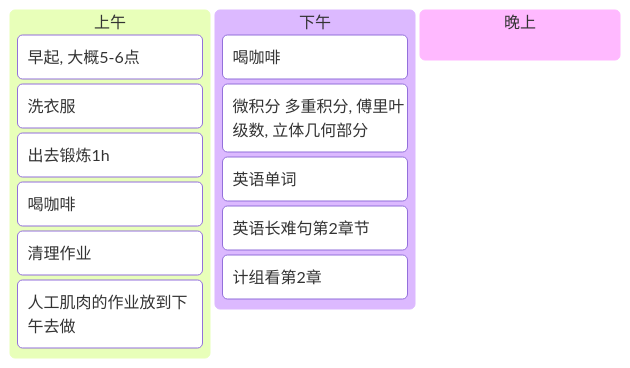
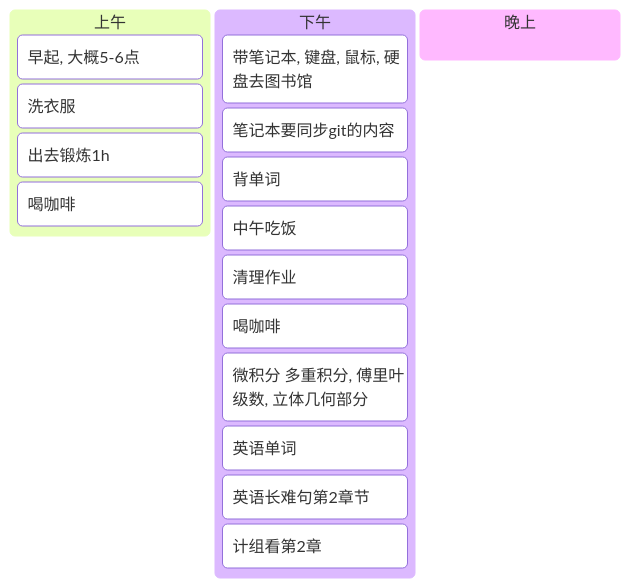
Before and after one commit to Sophomoresty/obsidian-notes: the second of 2 diagrams in 日记/2025-05-04.md, drawn with Mermaid.

Commit message:
自动提交：2025-05-04-11-01 的笔记更新

````diff
--- a/日记/2025-05-04.md
+++ b/日记/2025-05-04.md
@@ -79,17 +79,21 @@
  ```mermaid
 kanban
 [上午]
 	[早起, 大概5-6点]
 	[洗衣服]
 	[出去锻炼1h]
 	[喝咖啡]
+
+[下午]
+	[带笔记本, 键盘, 鼠标, 硬盘去图书馆]
+	[笔记本要同步git的内容]
+	[背单词]
+	[中午吃饭]
 	[清理作业]
-	[人工肌肉的作业放到下午去做]
-[下午]
   	[喝咖啡]
     [微积分 多重积分, 傅里叶级数, 立体几何部分 ]
     [英语单词]
     [英语长难句第2章节]
     [计组看第2章]
 [晚上]
 ```
````
